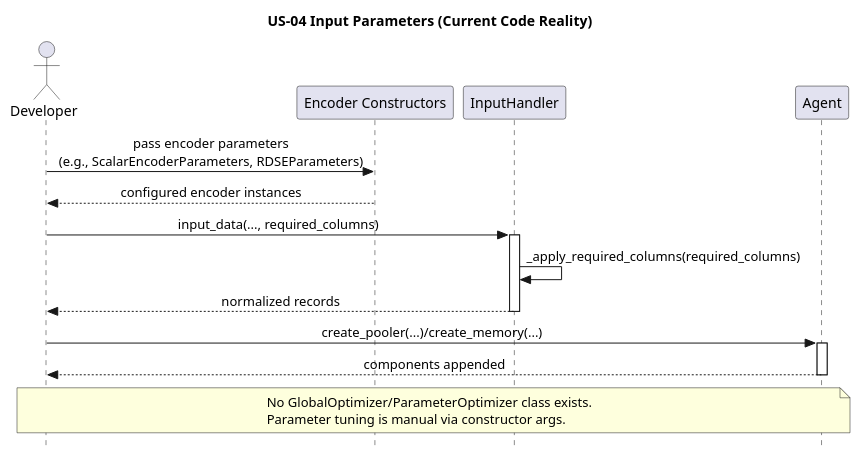
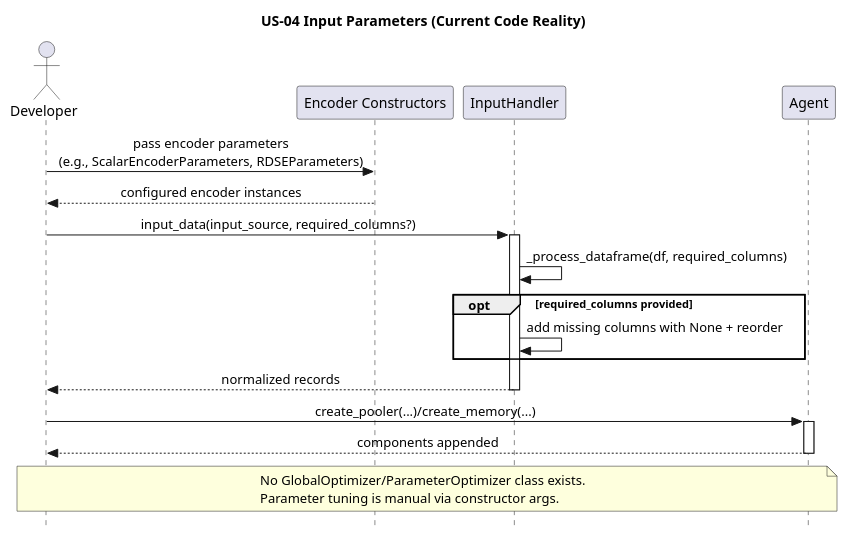
The diagram in docs/puml/US/us-04.puml (egrembocki/htmrl), drawn with PlantUML before and after one commit. The commit also changed 4 other files, not shown here.

Commit message:
Update US sequence diagrams for current InputHandler flow

```diff
--- a/docs/puml/US/us-04.puml
+++ b/docs/puml/US/us-04.puml
@@ -1,30 +1,34 @@
 @startuml
 skinparam style strictuml
 skinparam sequenceMessageAlign center
 skinparam responseMessageBelowArrow true
 title US-04 Input Parameters (Current Code Reality)
 
 actor Developer
 participant "Encoder Constructors" as EC
 participant "InputHandler" as IH
 participant "Agent" as AG
 
 Developer -> EC: pass encoder parameters\n(e.g., ScalarEncoderParameters, RDSEParameters)
 EC --> Developer: configured encoder instances
 
-Developer -> IH: input_data(..., required_columns)
+Developer -> IH: input_data(input_source, required_columns?)
 activate IH
-IH -> IH: _apply_required_columns(required_columns)
+IH -> IH: _process_dataframe(df, required_columns)
+opt required_columns provided
+  IH -> IH: add missing columns with None + reorder
+end
 IH --> Developer: normalized records
+
 deactivate IH
 
 Developer -> AG: create_pooler(...)/create_memory(...)
 activate AG
 AG --> Developer: components appended
 deactivate AG
 
 note over Developer,AG
 No GlobalOptimizer/ParameterOptimizer class exists.
 Parameter tuning is manual via constructor args.
 end note
 @enduml
```
